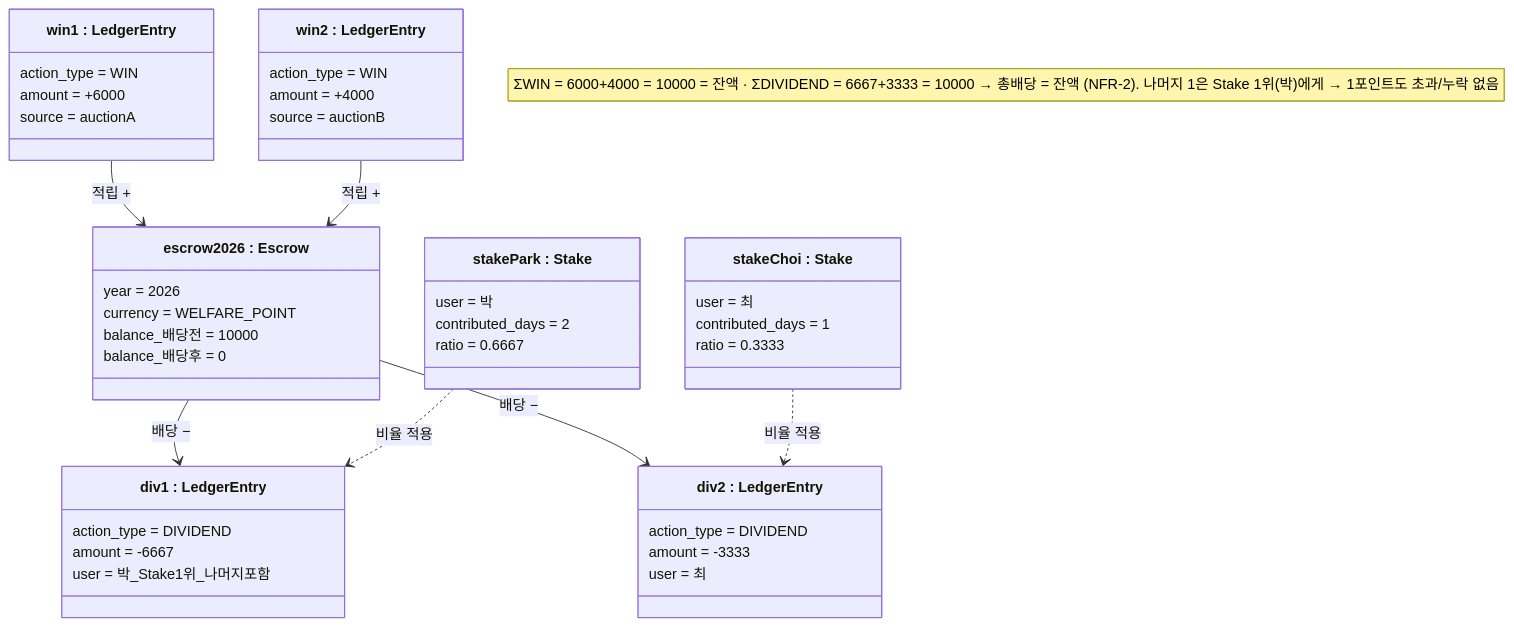
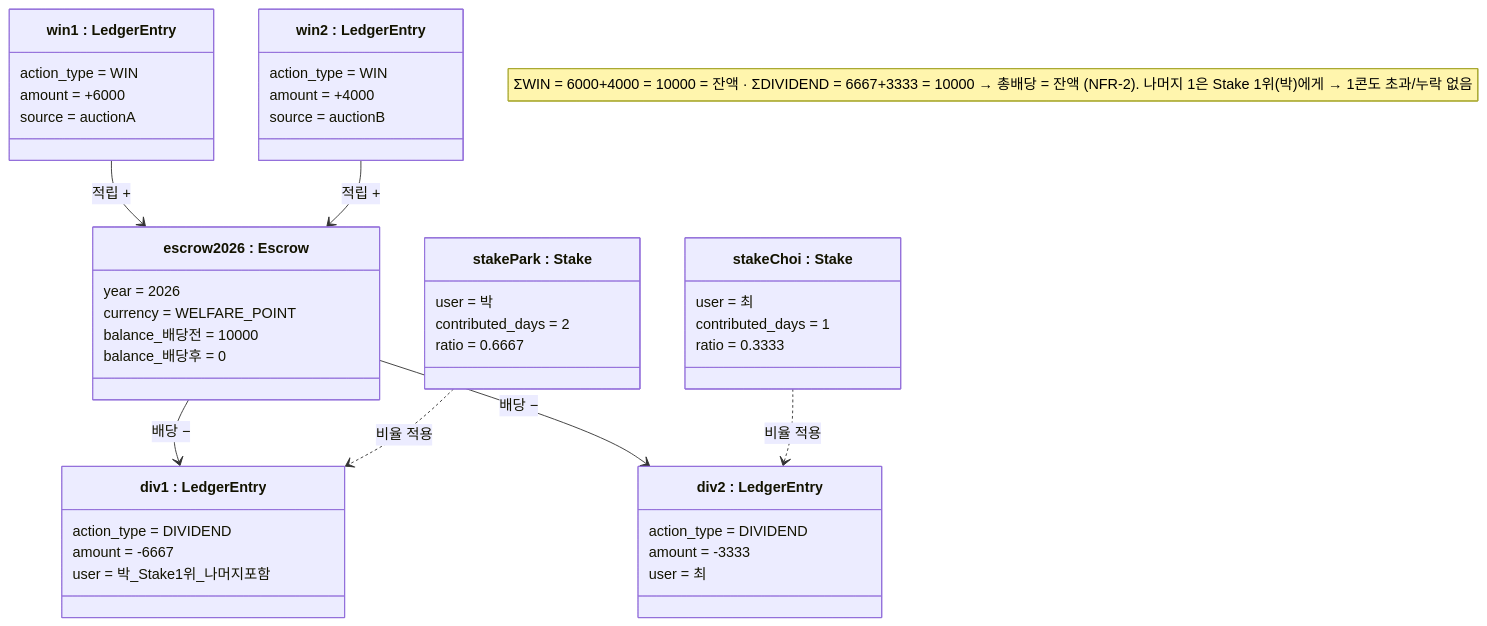
Before and after one commit to R-and-J/TimesoftCone: the diagram in docs/03_design/uml/07-object-integrity.md, drawn with Mermaid. The commit also changed 129 other files, not shown here.

````diff
--- a/docs/03_design/uml/07-object-integrity.md
+++ b/docs/03_design/uml/07-object-integrity.md
@@ -22,49 +22,49 @@
 ```mermaid
 classDiagram
     direction TB
 
     class escrow["escrow2026 : Escrow"]
     escrow : year = 2026
     escrow : currency = WELFARE_POINT
     escrow : balance_배당전 = 10000
     escrow : balance_배당후 = 0
 
     class win1["win1 : LedgerEntry"]
     win1 : action_type = WIN
     win1 : amount = +6000
     win1 : source = auctionA
 
     class win2["win2 : LedgerEntry"]
     win2 : action_type = WIN
     win2 : amount = +4000
     win2 : source = auctionB
 
     class stakePark["stakePark : Stake"]
     stakePark : user = 박
     stakePark : contributed_days = 2
     stakePark : ratio = 0.6667
 
     class stakeChoi["stakeChoi : Stake"]
     stakeChoi : user = 최
     stakeChoi : contributed_days = 1
     stakeChoi : ratio = 0.3333
 
     class div1["div1 : LedgerEntry"]
     div1 : action_type = DIVIDEND
     div1 : amount = -6667
     div1 : user = 박_Stake1위_나머지포함
 
     class div2["div2 : LedgerEntry"]
     div2 : action_type = DIVIDEND
     div2 : amount = -3333
     div2 : user = 최
 
     win1 --> escrow : 적립 +
     win2 --> escrow : 적립 +
     escrow --> div1 : 배당 −
     escrow --> div2 : 배당 −
     stakePark ..> div1 : 비율 적용
     stakeChoi ..> div2 : 비율 적용
 
-    note "ΣWIN = 6000+4000 = 10000 = 잔액  ·  ΣDIVIDEND = 6667+3333 = 10000  →  총배당 = 잔액 (NFR-2). 나머지 1은 Stake 1위(박)에게 → 1포인트도 초과/누락 없음"
+    note "ΣWIN = 6000+4000 = 10000 = 잔액  ·  ΣDIVIDEND = 6667+3333 = 10000  →  총배당 = 잔액 (NFR-2). 나머지 1은 Stake 1위(박)에게 → 1콘도 초과/누락 없음"
 ```
````
